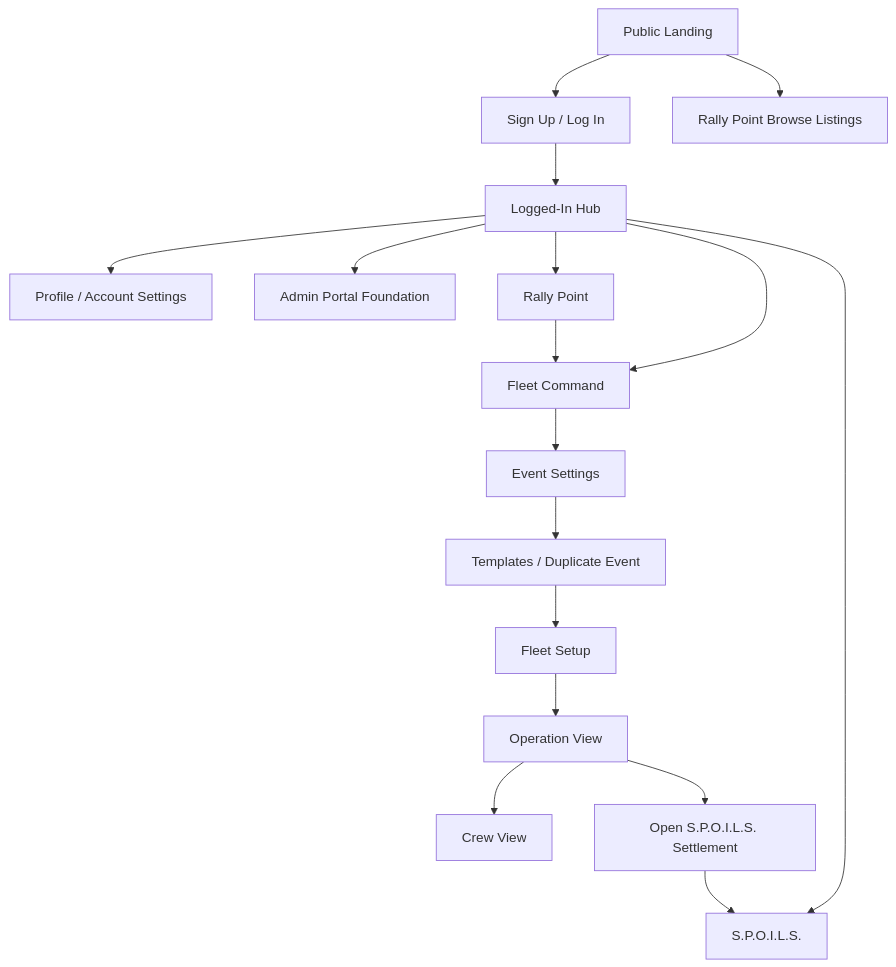
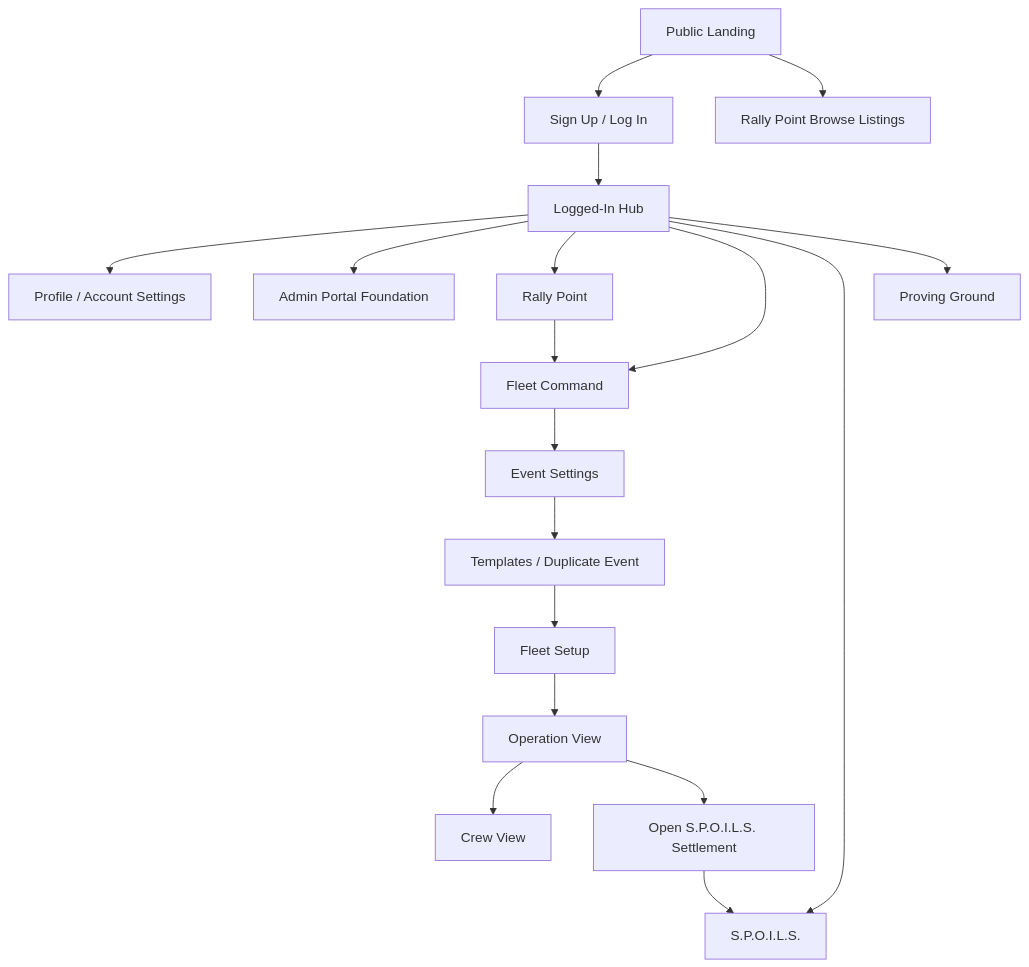
The diagram in docs/superpowers/specs/2026-05-20-musterdeck-shared-foundation-site-plan-copy-inventory.md (ThePRIMEForge/muster-deck), drawn with Mermaid before and after one commit. The commit also changed other lines of this file and 8 other files, not shown here.

Commit message:
docs: add proving ground tournament pillar

````diff
--- a/docs/superpowers/specs/2026-05-20-musterdeck-shared-foundation-site-plan-copy-inventory.md
+++ b/docs/superpowers/specs/2026-05-20-musterdeck-shared-foundation-site-plan-copy-inventory.md
@@ -25,19 +26,20 @@
 ```mermaid
 flowchart TD
   Public["Public Landing"] --> Auth["Sign Up / Log In"]
   Public --> Browse["Rally Point Browse Listings"]
   Auth --> Hub["Logged-In Hub"]
   Hub --> Account["Profile / Account Settings"]
   Hub --> Admin["Admin Portal Foundation"]
   Hub --> Rally["Rally Point"]
   Hub --> Fleet["Fleet Command"]
   Hub --> Spoils["S.P.O.I.L.S."]
+  Hub --> Proving["Proving Ground"]
   Fleet --> EventSettings["Event Settings"]
   EventSettings --> Templates["Templates / Duplicate Event"]
   Templates --> Setup["Fleet Setup"]
   Setup --> Operation["Operation View"]
   Operation --> Crew["Crew View"]
   Operation --> SettlementStart["Open S.P.O.I.L.S. Settlement"]
   Rally --> Fleet
   SettlementStart --> Spoils
 ```
````
